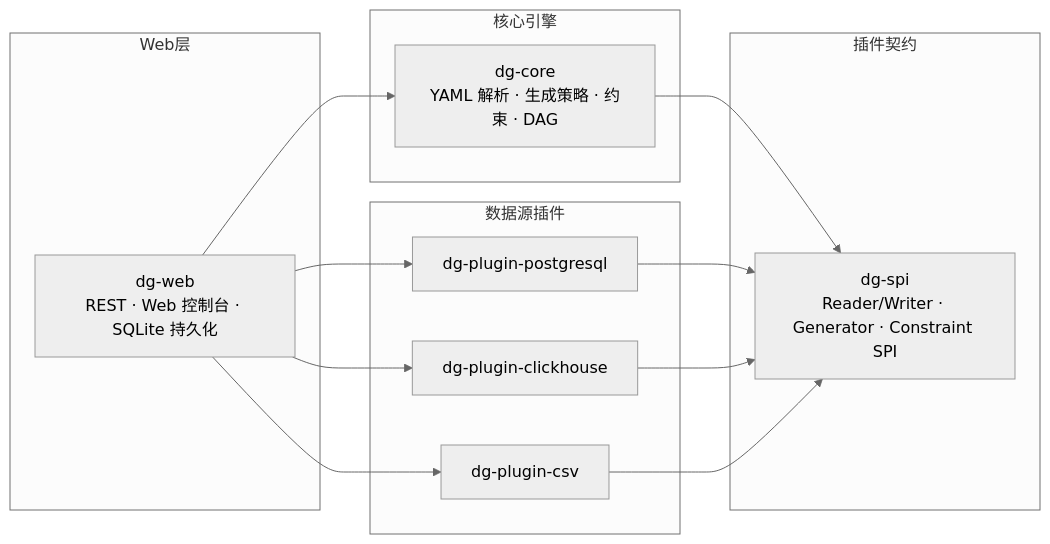
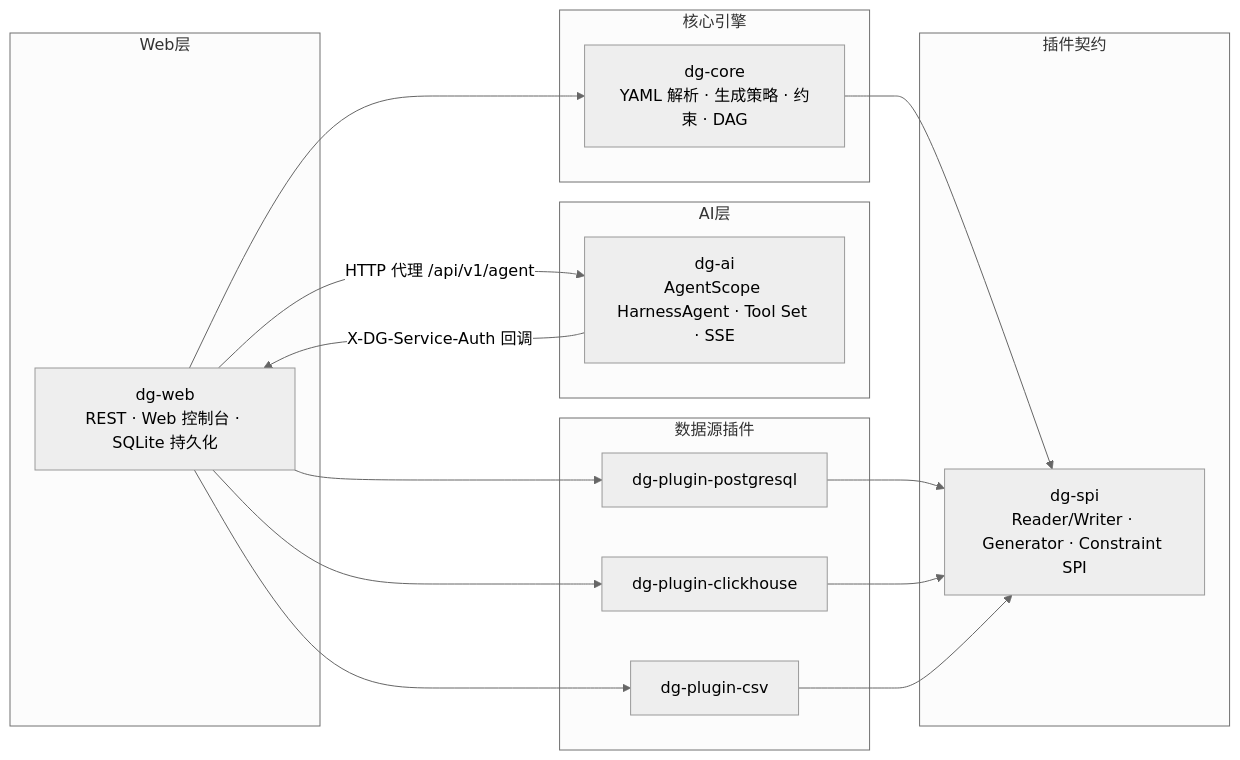
The first of 2 diagrams in README.md (sleetzxy/data-generator), drawn with Mermaid (neutral theme) before and after one commit. The commit also changed other lines of this file and 4 other files, not shown here.

````diff
--- a/README.md
+++ b/README.md
@@ -26,29 +27,35 @@
 ```mermaid
 graph LR
     subgraph Web层
         web["dg-web<br/>REST · Web 控制台 · SQLite 持久化"]
+    end
+
+    subgraph AI层
+        ai["dg-ai<br/>AgentScope HarnessAgent · Tool Set · SSE"]
     end
 
     subgraph 核心引擎
         core["dg-core<br/>YAML 解析 · 生成策略 · 约束 · DAG"]
     end
 
     subgraph 插件契约
         spi["dg-spi<br/>Reader/Writer · Generator · Constraint SPI"]
     end
 
     subgraph 数据源插件
         pg["dg-plugin-postgresql"]
         ch["dg-plugin-clickhouse"]
         csv["dg-plugin-csv"]
     end
 
+    web -->|HTTP 代理 /api/v1/agent| ai
+    ai -->|X-DG-Service-Auth 回调| web
     web --> core
     web --> pg
     web --> ch
     web --> csv
     core --> spi
     pg --> spi
     ch --> spi
     csv --> spi
 ```
````
